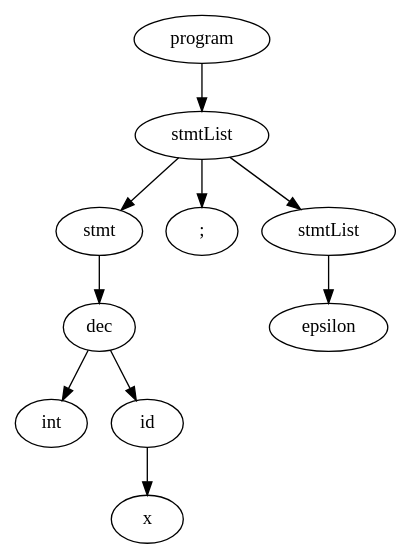
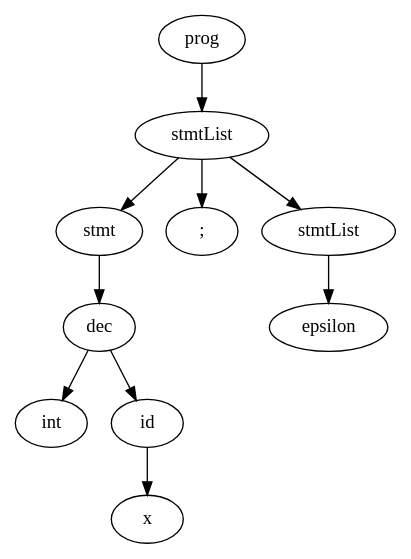
Before and after one commit to jmoseman01/m4: the diagram in Target/1/three_x_plus_1.dot, drawn with Graphviz. The commit also changed 17 other files, not shown here.

```diff
--- a/Target/1/three_x_plus_1.dot
+++ b/Target/1/three_x_plus_1.dot
@@ -1,23 +1,23 @@
 
 digraph "three_x_plus_1"
 {
-struct1 [label="program"]
+struct1 [label="prog"]
 struct2 [label="stmtList"]
 struct3 [label="stmt"]
 struct4 [label="dec"]
 struct5 [label="int"]
 struct4->struct5
 struct6 [label="id"]
 struct7 [label="x"]
 struct6->struct7
 struct4->struct6
 struct3->struct4
 struct2->struct3
 struct8 [label=";"]
 struct2->struct8
 struct9 [label="stmtList"]
 struct10 [label="epsilon"]
 struct9->struct10
 struct2->struct9
 struct1->struct2
 }
```
